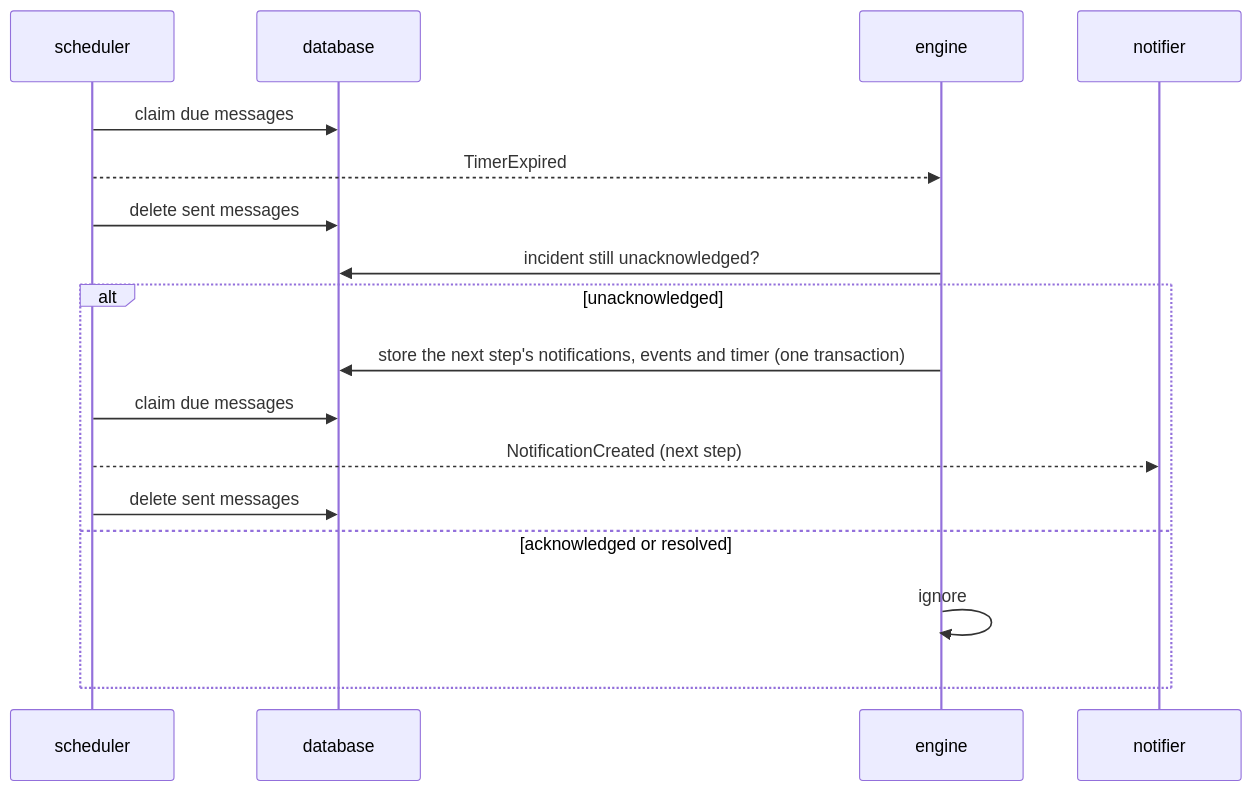
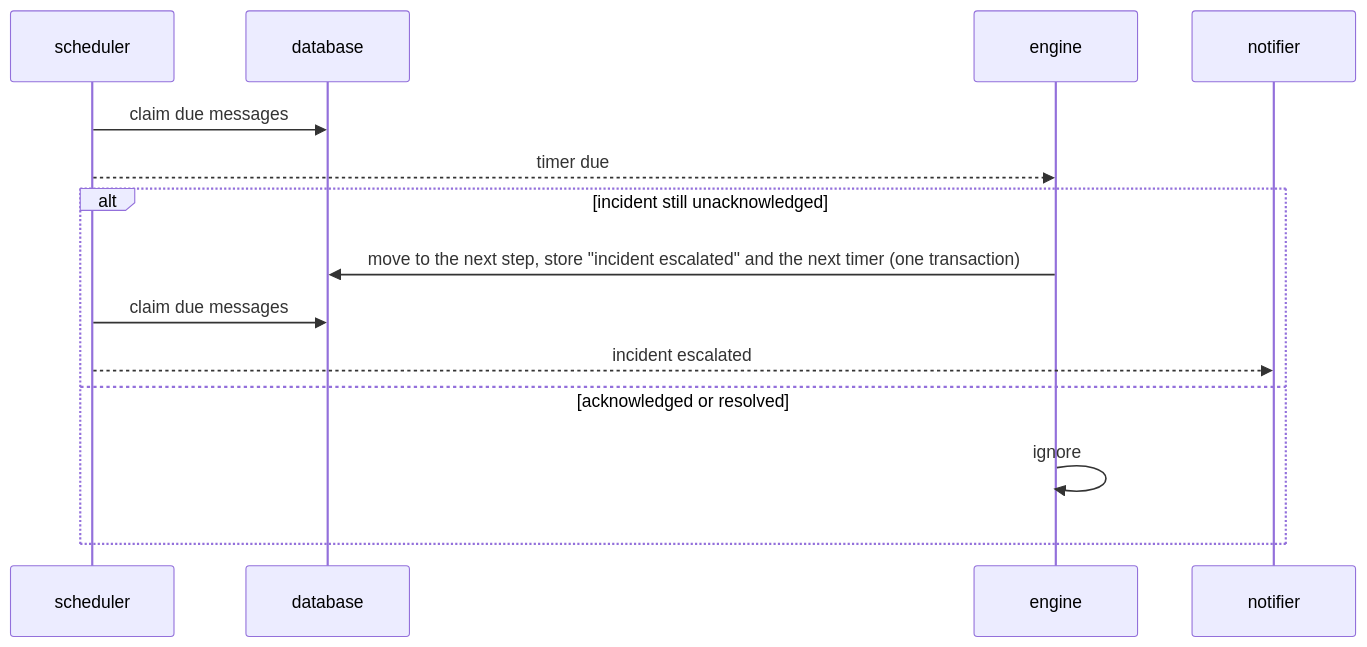
Before and after one commit to murphyhq/server: the third of 5 diagrams in docs/architecture.md, drawn with Mermaid. The commit also changed other lines of this file and 101 other files, not shown here.

````diff
--- a/docs/architecture.md
+++ b/docs/architecture.md
@@ -146,19 +143,16 @@
 ```mermaid
 sequenceDiagram
   participant S as scheduler
   participant D as database
   participant E as engine
   participant N as notifier
   S->>D: claim due messages
-  S-->>E: TimerExpired
-  S->>D: delete sent messages
-  E->>D: incident still unacknowledged?
-  alt unacknowledged
-    E->>D: store the next step's notifications, events and timer (one transaction)
+  S-->>E: timer due
+  alt incident still unacknowledged
+    E->>D: move to the next step, store "incident escalated" and the next timer (one transaction)
     S->>D: claim due messages
-    S-->>N: NotificationCreated (next step)
-    S->>D: delete sent messages
+    S-->>N: incident escalated
   else acknowledged or resolved
     E->>E: ignore
   end
 ```
````
